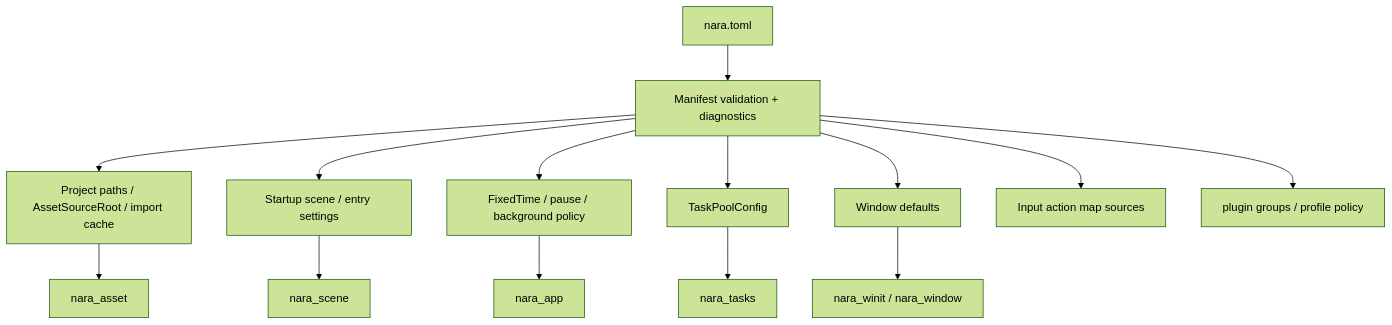
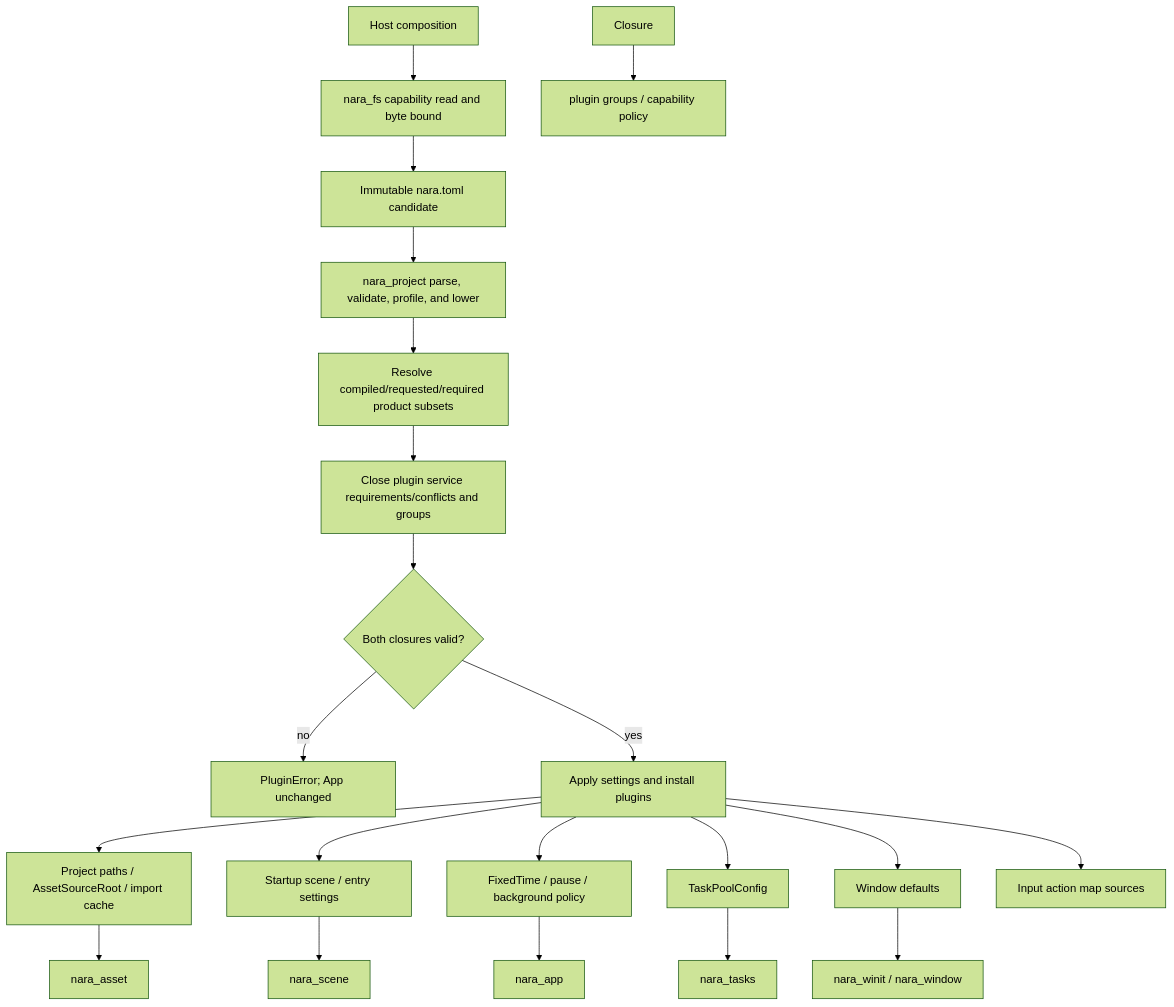
One commit to Latias94/nara changed the diagram in docs/architecture/adr/0035-project-manifest-and-runtime-settings-authority.md. Above: the diagram before and after it, drawn with Mermaid (forest theme). The commit also changed other lines of this file and 25 other files, not shown here.

First line of the commit message:
docs(architecture): define product capability and task ownership

````diff
--- a/docs/architecture/adr/0035-project-manifest-and-runtime-settings-authority.md
+++ b/docs/architecture/adr/0035-project-manifest-and-runtime-settings-authority.md
@@ -55,16 +62,23 @@
 ```mermaid
 flowchart TD
-    Manifest[nara.toml] --> Validate[Manifest validation + diagnostics]
-    Validate --> Paths[Project paths / AssetSourceRoot / import cache]
-    Validate --> Startup[Startup scene / entry settings]
-    Validate --> Runtime[FixedTime / pause / background policy]
-    Validate --> Tasks[TaskPoolConfig]
-    Validate --> Window[Window defaults]
-    Validate --> Input[Input action map sources]
+    Host[Host composition] --> FS[nara_fs capability read and byte bound]
+    FS --> Candidate[Immutable nara.toml candidate]
+    Candidate --> Validate[nara_project parse, validate, profile, and lower]
+    Validate --> Product[Resolve compiled/requested/required product subsets]
+    Product --> Services[Close plugin service requirements/conflicts and groups]
+    Services --> Gate{Both closures valid?}
+    Gate -->|no| Reject[PluginError; App unchanged]
+    Gate -->|yes| Apply[Apply settings and install plugins]
+    Apply --> Paths[Project paths / AssetSourceRoot / import cache]
+    Apply --> Startup[Startup scene / entry settings]
+    Apply --> Runtime[FixedTime / pause / background policy]
+    Apply --> Tasks[TaskPoolConfig]
+    Apply --> Window[Window defaults]
+    Apply --> Input[Input action map sources]
     Paths --> Asset[nara_asset]
     Startup --> Scene[nara_scene]
     Runtime --> App[nara_app]
     Tasks --> TaskPlugin[nara_tasks]
     Window --> Winit[nara_winit / nara_window]
-    Validate --> Profile[plugin groups / profile policy]
+    Closure --> Profile[plugin groups / capability policy]
 ```
````
